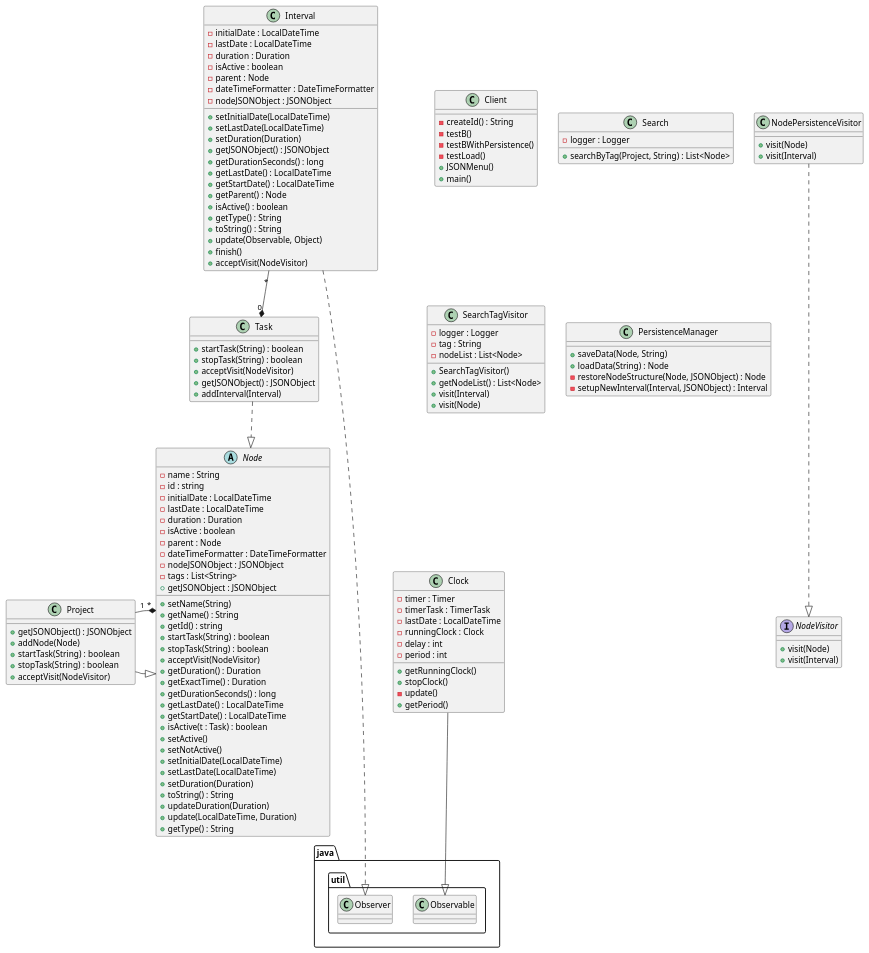
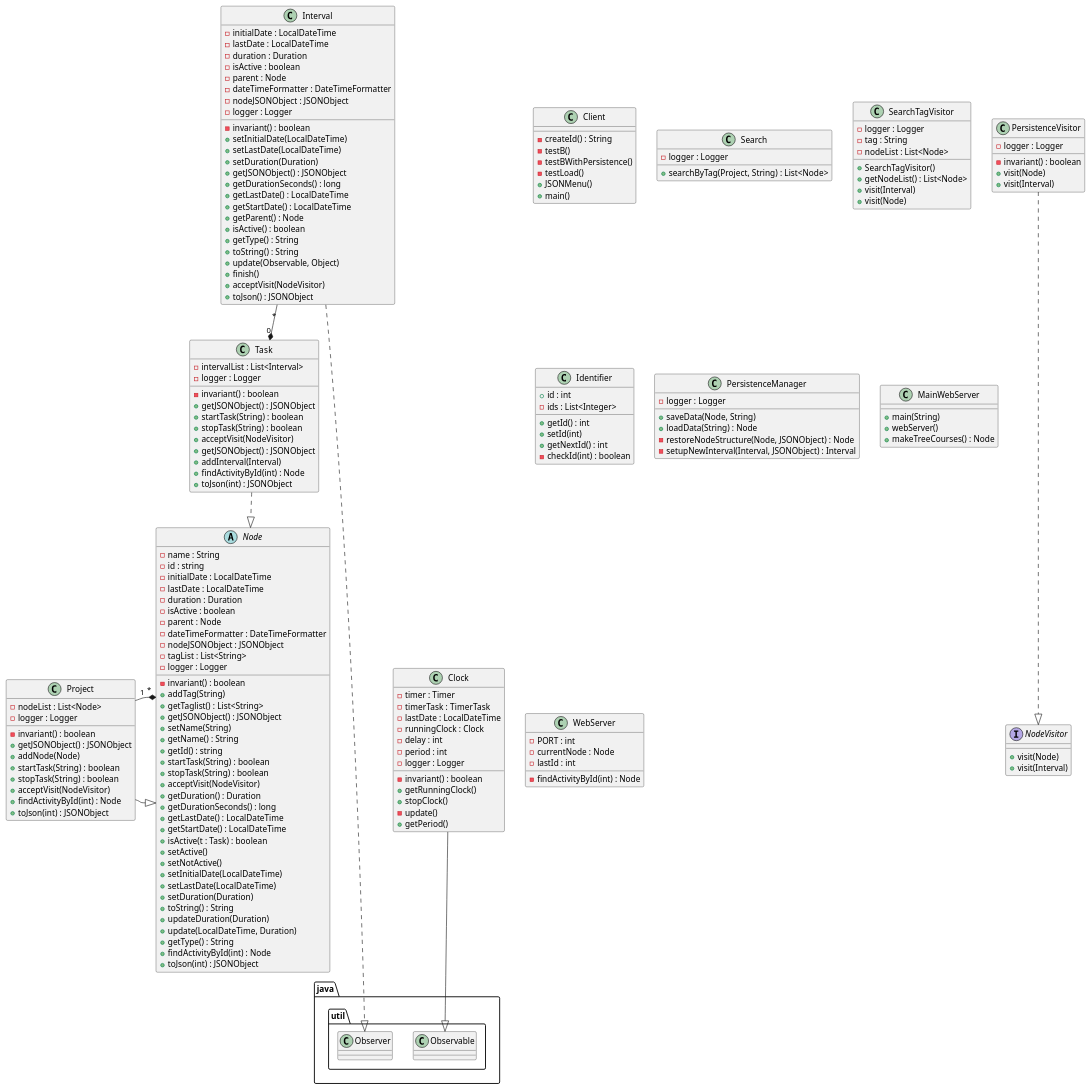
Before and after one commit to gonzaloarilla/DS_TimeTracker: the diagram in src/uml.puml, drawn with PlantUML.

Commit message:
UML update

```diff
--- a/src/uml.puml
+++ b/src/uml.puml
@@ -1,138 +1,186 @@
 @startuml
 class Client {
 - createId() : String
 - testB()
 - testBWithPersistence()
 - testLoad()
 + JSONMenu()
 + main()
 }
 
 class Search{
 - logger : Logger
 + searchByTag(Project, String) : List<Node>
 }
 
 class SearchTagVisitor{
 - logger : Logger
 - tag : String
 - nodeList : List<Node>
 + SearchTagVisitor()
 + getNodeList() : List<Node>
 + visit(Interval)
 + visit(Node)
 }
 
 abstract Node {
 - name : String
 - id : string
 - initialDate : LocalDateTime
 - lastDate : LocalDateTime
 - duration : Duration
 - isActive : boolean
 - parent : Node
 - dateTimeFormatter : DateTimeFormatter
 - nodeJSONObject : JSONObject
-- tags : List<String>
-+ getJSONObject : JSONObject
+- tagList : List<String>
+- logger : Logger
+- invariant() : boolean
++ addTag(String)
++ getTaglist() : List<String>
++ getJSONObject() : JSONObject
 + setName(String)
 + getName() : String
 + getId() : string
 + startTask(String) : boolean
 + stopTask(String) : boolean
 + acceptVisit(NodeVisitor)
 + getDuration() : Duration
-+ getExactTime() : Duration
 + getDurationSeconds() : long
 + getLastDate() : LocalDateTime
 + getStartDate() : LocalDateTime
 + isActive(t : Task) : boolean
 + setActive()
 + setNotActive()
 + setInitialDate(LocalDateTime)
 + setLastDate(LocalDateTime)
 + setDuration(Duration)
 + toString() : String
 + updateDuration(Duration)
 + update(LocalDateTime, Duration)
 + getType() : String
++ findActivityById(int) : Node
++ toJson(int) : JSONObject
+
 }
 
 class Project {
+- nodeList : List<Node>
+- logger : Logger
+- invariant() : boolean
 + getJSONObject() : JSONObject
 + addNode(Node)
 + startTask(String) : boolean
 + stopTask(String) : boolean
 + acceptVisit(NodeVisitor)
++ findActivityById(int) : Node
++ toJson(int) : JSONObject
 }
 
 class Task {
+- intervalList : List<Interval>
+- logger : Logger
+- invariant() : boolean
++ getJSONObject() : JSONObject
 + startTask(String) : boolean
 + stopTask(String) : boolean
 + acceptVisit(NodeVisitor)
 + getJSONObject() : JSONObject
 + addInterval(Interval)
++ findActivityById(int) : Node
++ toJson(int) : JSONObject
 }
 
 class Interval {
 - initialDate : LocalDateTime
 - lastDate : LocalDateTime
 - duration : Duration
 - isActive : boolean
 - parent : Node
 - dateTimeFormatter : DateTimeFormatter
 - nodeJSONObject : JSONObject
+- logger : Logger
+- invariant() : boolean
 + setInitialDate(LocalDateTime)
 + setLastDate(LocalDateTime)
 + setDuration(Duration)
 + getJSONObject() : JSONObject
 + getDurationSeconds() : long
 + getLastDate() : LocalDateTime
 + getStartDate() : LocalDateTime
 + getParent() : Node
 + isActive() : boolean
 + getType() : String
 + toString() : String
 + update(Observable, Object)
 + finish()
 + acceptVisit(NodeVisitor)
++ toJson() : JSONObject
 }
 
 class Clock {
 - timer : Timer
 - timerTask : TimerTask
 - lastDate : LocalDateTime
 - runningClock : Clock
 - delay : int
 - period : int
+- logger : Logger
+- invariant() : boolean
 + getRunningClock()
 + stopClock()
 - update()
 + getPeriod()
+
 }
 
-class NodePersistenceVisitor {
+class Identifier {
++ id : int
+- ids : List<Integer>
++ getId() : int
++ setId(int)
++ getNextId() : int
+- checkId(int) : boolean
+}
+
+class PersistenceVisitor {
+- logger : Logger
+- invariant() : boolean
 + visit(Node)
 + visit(Interval)
 }
 
 interface NodeVisitor {
 + visit(Node)
 + visit(Interval)
 }
 
 class PersistenceManager {
+- logger : Logger
 + saveData(Node, String)
 + loadData(String) : Node
 - restoreNodeStructure(Node, JSONObject) : Node
 - setupNewInterval(Interval, JSONObject) : Interval
+}
+
+class MainWebServer {
++ main(String)
++ webServer()
++ makeTreeCourses() : Node
+}
+
+class WebServer {
+- PORT : int
+- currentNode : Node
+- lastId : int
+- findActivityById(int) : Node
 }
 
 Project -|> Node
 Node "*" *-- "1" Project
 Task -.|> Node
 Clock -down-|> java.util.Observable
 Interval -.down.-|> java.util.Observer
 Interval "*" --* "0" Task
-NodePersistenceVisitor -.down-|> NodeVisitor
+PersistenceVisitor -.down-|> NodeVisitor
 @enduml
```
